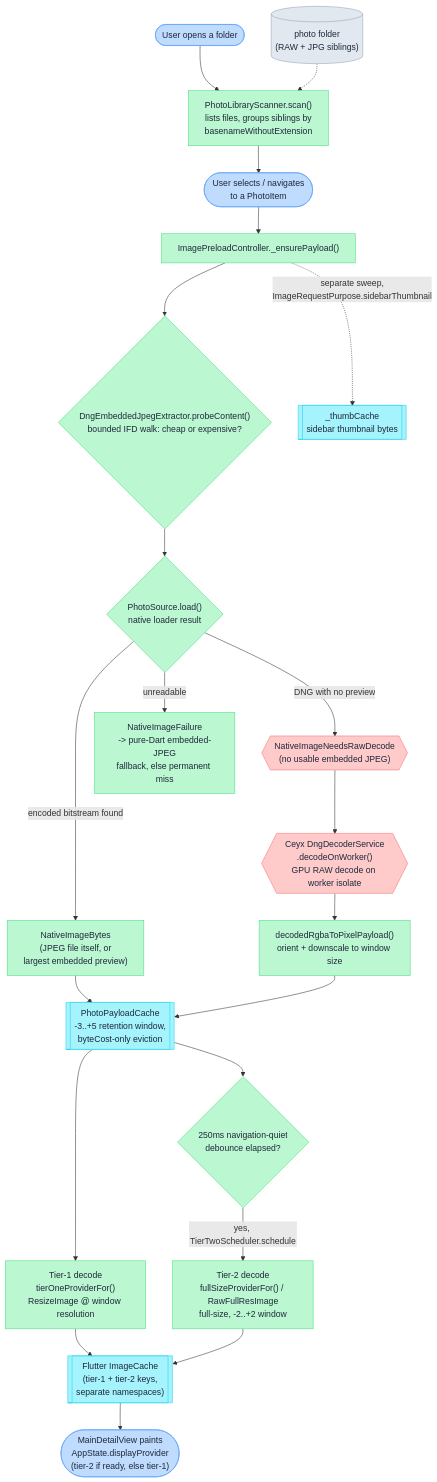
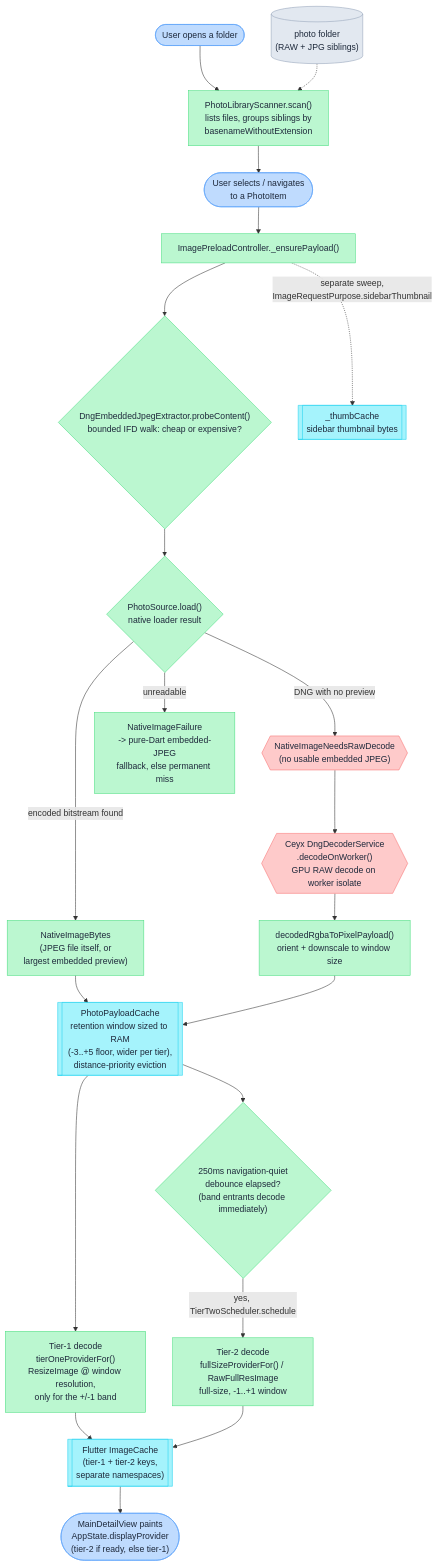
The eighth of 9 diagrams in README.md (jhangyu/halcyon), drawn with Mermaid before and after one commit. The commit also changed other lines of this file and 1 other file, not shown here.

````diff
--- a/README.md
+++ b/README.md
@@ -983,70 +1003,70 @@
 ```mermaid
 flowchart TD
   classDef entry fill:#bfdbfe,stroke:#60a5fa,color:#1e293b
   classDef service fill:#bbf7d0,stroke:#4ade80,color:#1e293b
   classDef decision fill:#bbf7d0,stroke:#4ade80,color:#1e293b
   classDef native fill:#fecaca,stroke:#f87171,color:#1e293b
   classDef cache fill:#a5f3fc,stroke:#22d3ee,color:#1e293b
   classDef storage fill:#e2e8f0,stroke:#94a3b8,color:#1e293b
   classDef render fill:#bfdbfe,stroke:#60a5fa,color:#1e293b
 
   Open(["User opens a folder"]):::entry
   Scan["PhotoLibraryScanner.scan()<br/>lists files, groups siblings by<br/>basenameWithoutExtension"]:::service
   Disk1[("photo folder<br/>(RAW + JPG siblings)")]:::storage
 
   Open --> Scan
   Disk1 -.-> Scan
 
   Select(["User selects / navigates<br/>to a PhotoItem"]):::entry
   Ensure["ImagePreloadController._ensurePayload()"]:::service
   Probe{"DngEmbeddedJpegExtractor.probeContent()<br/>bounded IFD walk: cheap or expensive?"}
   class Probe decision
 
   Scan --> Select
   Select --> Ensure
   Ensure --> Probe
 
   Route{"PhotoSource.load()<br/>native loader result"}
   class Route decision
   Probe --> Route
 
   Bytes["NativeImageBytes<br/>(JPEG file itself, or<br/>largest embedded preview)"]:::service
   NeedsRaw{{"NativeImageNeedsRawDecode<br/>(no usable embedded JPEG)"}}
   class NeedsRaw native
   Failure["NativeImageFailure<br/>-> pure-Dart embedded-JPEG<br/>fallback, else permanent miss"]:::service
 
   Route -->|encoded bitstream found| Bytes
   Route -->|DNG with no preview| NeedsRaw
   Route -->|unreadable| Failure
 
   CeyxDecode{{"Ceyx DngDecoderService<br/>.decodeOnWorker()<br/>GPU RAW decode on worker isolate"}}
   class CeyxDecode native
   NeedsRaw --> CeyxDecode
 
   PixelPayloadNode["decodedRgbaToPixelPayload()<br/>orient + downscale to window size"]:::service
   CeyxDecode --> PixelPayloadNode
 
-  PayloadCache[["PhotoPayloadCache<br/>-3..+5 retention window,<br/>byteCost-only eviction"]]:::cache
+  PayloadCache[["PhotoPayloadCache<br/>retention window sized to RAM<br/>(-3..+5 floor, wider per tier),<br/>distance-priority eviction"]]:::cache
   Bytes --> PayloadCache
   PixelPayloadNode --> PayloadCache
 
-  TierOne["Tier-1 decode<br/>tierOneProviderFor()<br/>ResizeImage @ window resolution"]:::service
+  TierOne["Tier-1 decode<br/>tierOneProviderFor()<br/>ResizeImage @ window resolution,<br/>only for the +/-1 band"]:::service
   PayloadCache --> TierOne
 
-  Debounce{"250ms navigation-quiet<br/>debounce elapsed?"}
+  Debounce{"250ms navigation-quiet<br/>debounce elapsed?<br/>(band entrants decode immediately)"}
   class Debounce decision
   PayloadCache --> Debounce
 
-  TierTwo["Tier-2 decode<br/>fullSizeProviderFor() / RawFullResImage<br/>full-size, -2..+2 window"]:::service
+  TierTwo["Tier-2 decode<br/>fullSizeProviderFor() / RawFullResImage<br/>full-size, -1..+1 window"]:::service
   Debounce -->|yes, TierTwoScheduler.schedule| TierTwo
 
   ImageCacheNode[["Flutter ImageCache<br/>(tier-1 + tier-2 keys,<br/>separate namespaces)"]]:::cache
   TierOne --> ImageCacheNode
   TierTwo --> ImageCacheNode
 
   ThumbCache[["_thumbCache<br/>sidebar thumbnail bytes"]]:::cache
   Ensure -.->|separate sweep,<br/>ImageRequestPurpose.sidebarThumbnail| ThumbCache
 
   Render(["MainDetailView paints<br/>AppState.displayProvider<br/>(tier-2 if ready, else tier-1)"]):::render
   ImageCacheNode --> Render
 ```
````
